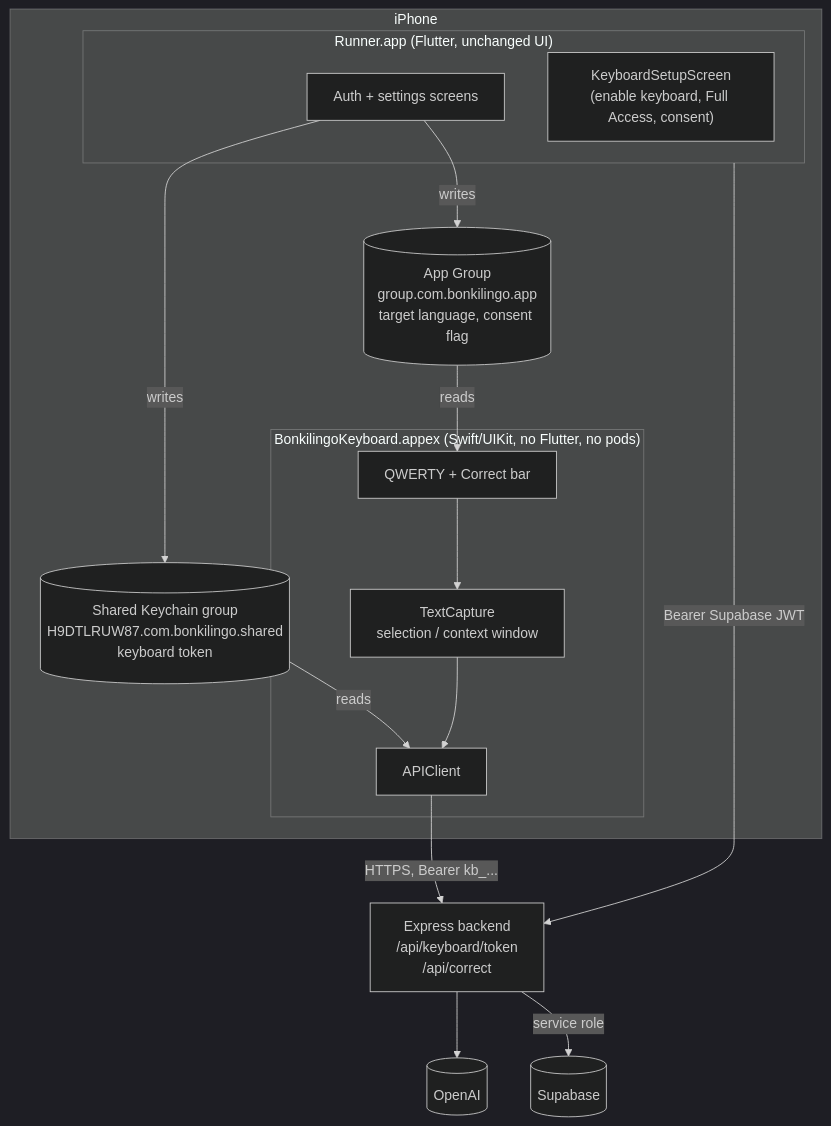
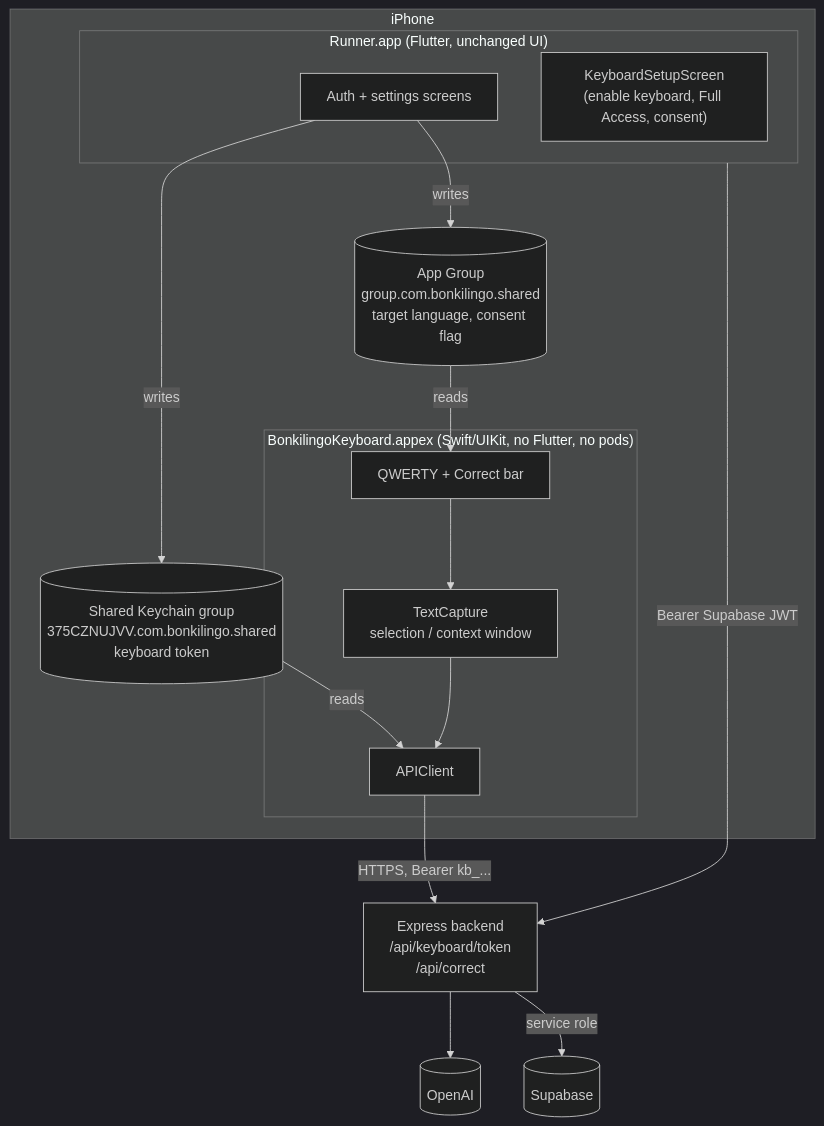
Before and after one commit to kleviss/bonkilingo-flutter: the second of 2 diagrams in BONKILINGO_ARCHITECTURE.md, drawn with Mermaid (dark theme). The commit also changed other lines of this file and 9 other files, not shown here.

First line of the commit message:
Publish under the Qendresa Qytetare team as com.bonkilingo.ios

````diff
--- a/BONKILINGO_ARCHITECTURE.md
+++ b/BONKILINGO_ARCHITECTURE.md
@@ -105,25 +105,25 @@
 ```mermaid
 flowchart TB
   subgraph Device["iPhone"]
     subgraph Runner["Runner.app (Flutter, unchanged UI)"]
       FA[Auth + settings screens]
       KS["KeyboardSetupScreen<br/>(enable keyboard, Full Access, consent)"]
     end
     subgraph KB["BonkilingoKeyboard.appex (Swift/UIKit, no Flutter, no pods)"]
       KV[QWERTY + Correct bar]
       TC[TextCapture<br/>selection / context window]
       AC[APIClient]
     end
-    KC[("Shared Keychain group<br/>H9DTLRUW87.com.bonkilingo.shared<br/>keyboard token")]
-    AG[("App Group<br/>group.com.bonkilingo.app<br/>target language, consent flag")]
+    KC[("Shared Keychain group<br/>375CZNUJVV.com.bonkilingo.shared<br/>keyboard token")]
+    AG[("App Group<br/>group.com.bonkilingo.shared<br/>target language, consent flag")]
     FA -->|writes| KC
     FA -->|writes| AG
     KC -->|reads| AC
     AG -->|reads| KV
     KV --> TC --> AC
   end
   AC -->|HTTPS, Bearer kb_...| E[Express backend<br/>/api/keyboard/token<br/>/api/correct]
   Runner -->|Bearer Supabase JWT| E
   E --> O[(OpenAI)]
   E -->|service role| S[(Supabase)]
 ```
````
